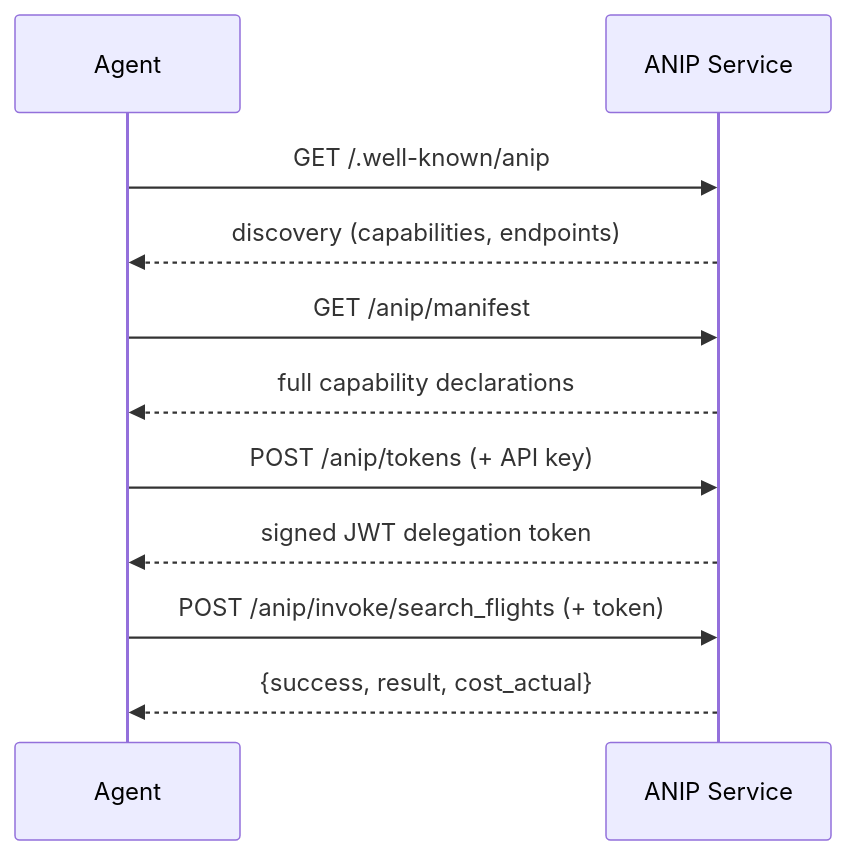
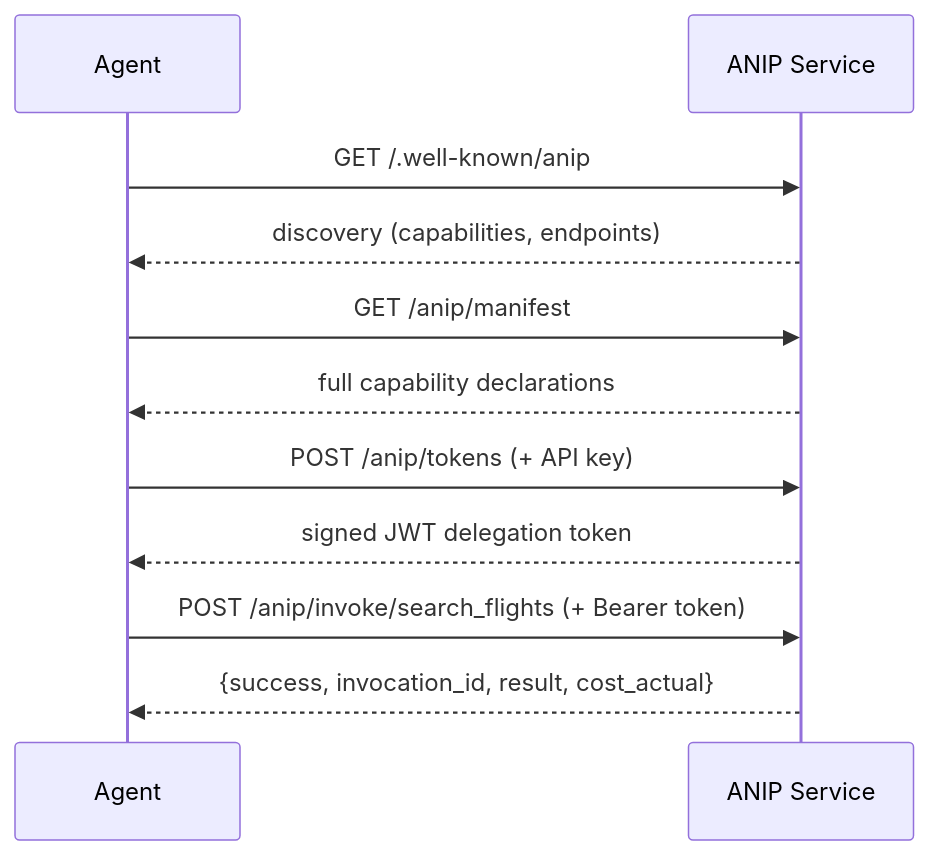
The first of 2 diagrams in SPEC.md (anip-protocol/anip), drawn with Mermaid before and after one commit. The commit also changed other lines of this file and 47 other files, not shown here.

First line of the commit message:
feat: ANIP v0.4 lineage — invocation_id + client_reference_id (#30)

````diff
--- a/SPEC.md
+++ b/SPEC.md
@@ -728,17 +771,17 @@
 ```mermaid
 sequenceDiagram
     participant Agent
     participant ANIP as ANIP Service
 
     Agent->>ANIP: GET /.well-known/anip
     ANIP-->>Agent: discovery (capabilities, endpoints)
 
     Agent->>ANIP: GET /anip/manifest
     ANIP-->>Agent: full capability declarations
 
     Agent->>ANIP: POST /anip/tokens (+ API key)
     ANIP-->>Agent: signed JWT delegation token
 
-    Agent->>ANIP: POST /anip/invoke/search_flights (+ token)
-    ANIP-->>Agent: {success, result, cost_actual}
+    Agent->>ANIP: POST /anip/invoke/search_flights (+ Bearer token)
+    ANIP-->>Agent: {success, invocation_id, result, cost_actual}
 ```
````
